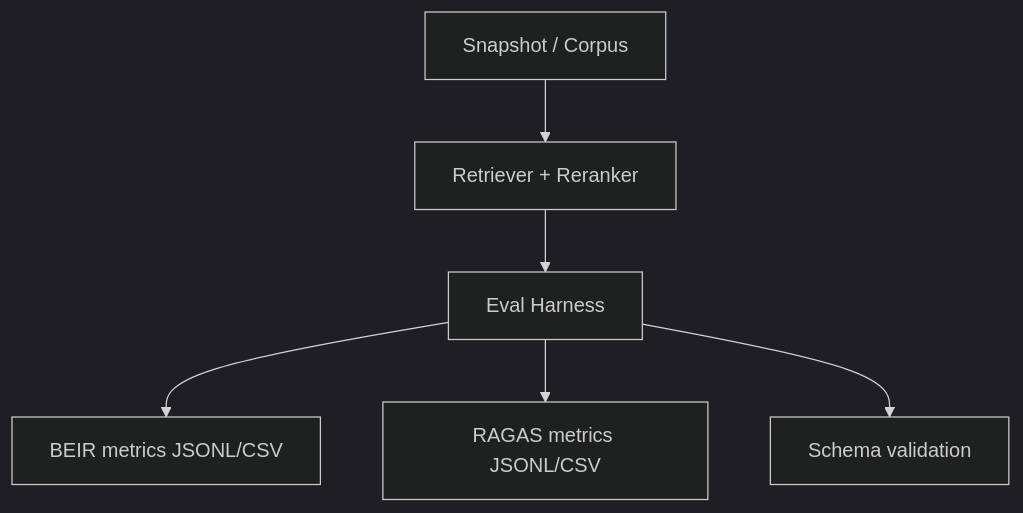
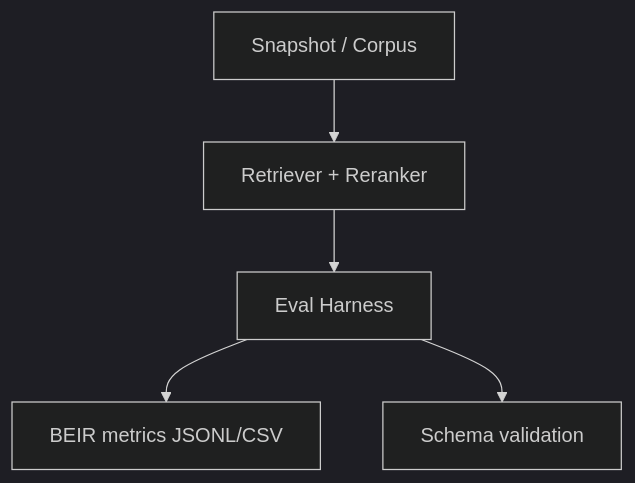
One commit to BjornMelin/docmind-ai-llm changed the diagram in docs/developers/adrs/ADR-039-offline-evaluation-clis.md. Above: the diagram before and after it, drawn with Mermaid (dark theme). The commit also changed other lines of this file and 434 other files, not shown here.

````diff
--- a/docs/developers/adrs/ADR-039-offline-evaluation-clis.md
+++ b/docs/developers/adrs/ADR-039-offline-evaluation-clis.md
@@ -89,8 +88,7 @@
 ```mermaid
 flowchart TD
   A[Snapshot / Corpus] --> B[Retriever + Reranker]
   B --> C[Eval Harness]
   C --> D[BEIR metrics JSONL/CSV]
-  C --> E[RAGAS metrics JSONL/CSV]
-  C --> F[Schema validation]
+  C --> E[Schema validation]
 ```
````
